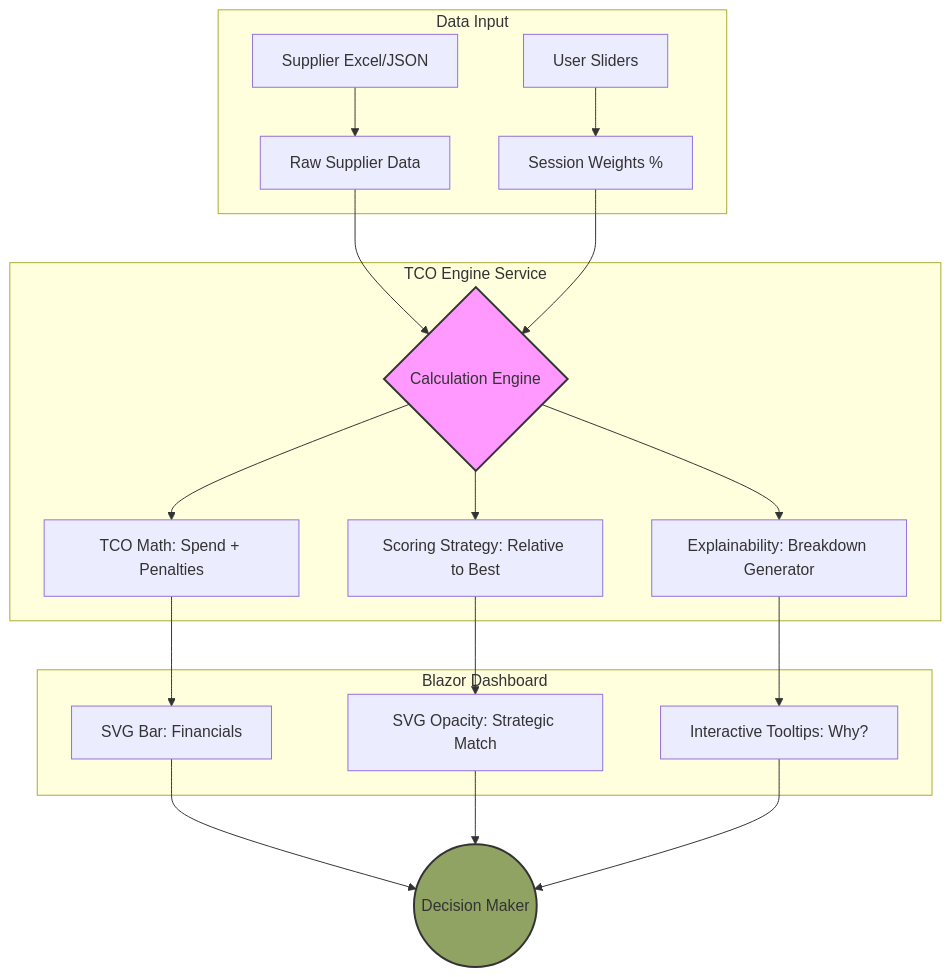
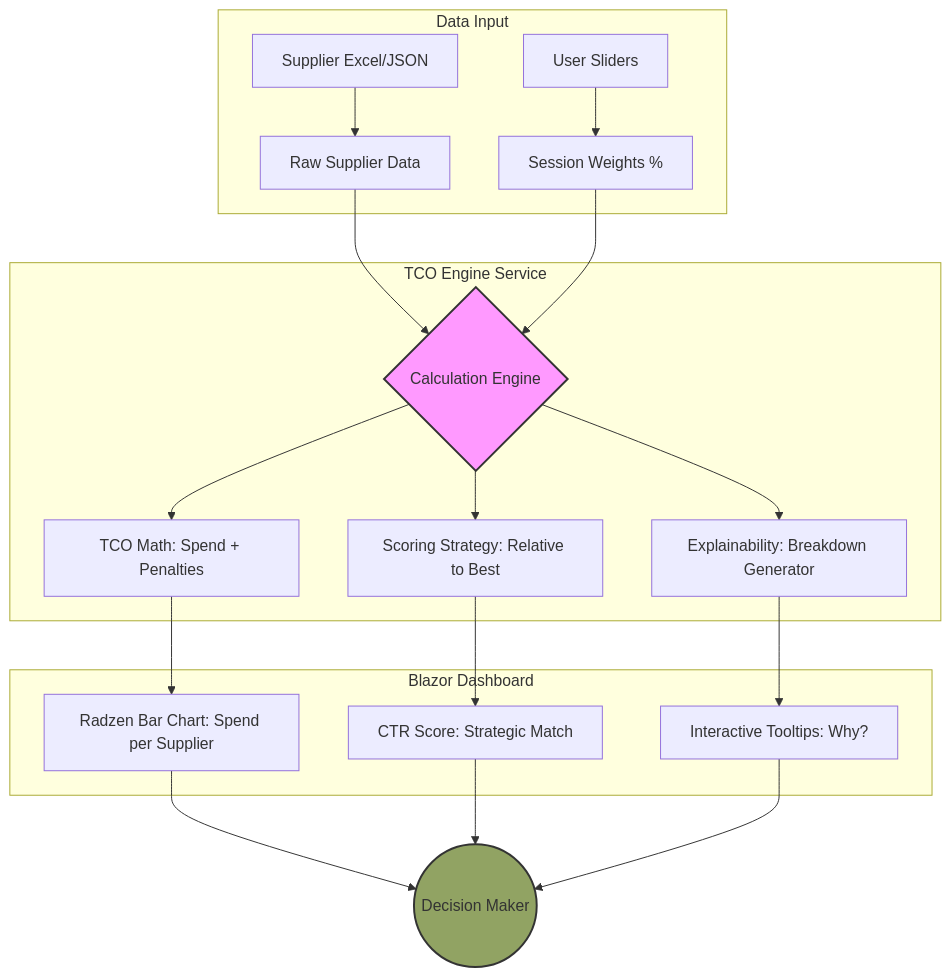
Before and after one commit to jonbach2012-design/PackagingTenderTool: the diagram in docs/spec.md, drawn with Mermaid. The commit also changed other lines of this file and 17 other files, not shown here.

First line of the commit message:
feat: hybrid UI (Radzen), bar chart dashboard, supplier selector, deep-dive navigation

````diff
--- a/docs/spec.md
+++ b/docs/spec.md
@@ -28,26 +28,26 @@
 ```mermaid
 graph TD
     subgraph Input_Layer [Data Input]
         A[Supplier Excel/JSON] --> B[Raw Supplier Data]
         C[User Sliders] --> D[Session Weights %]
     end
 
     subgraph Processing_Layer [TCO Engine Service]
         B --> E{Calculation Engine}
         D --> E
         E --> F[TCO Math: Spend + Penalties]
         E --> G[Scoring Strategy: Relative to Best]
         E --> H[Explainability: Breakdown Generator]
     end
 
     subgraph Output_Layer [Blazor Dashboard]
-        F --> I[SVG Bar: Financials]
-        G --> J[SVG Opacity: Strategic Match]
+        F --> I[Radzen Bar Chart: Spend per Supplier]
+        G --> J[CTR Score: Strategic Match]
         H --> K[Interactive Tooltips: Why?]
     end
 
     I & J & K --> L((Decision Maker))
 
     style E fill:#f9f,stroke:#333,stroke-width:2px
     style L fill:#91a363,stroke:#333,stroke-width:2px
 ```
````
